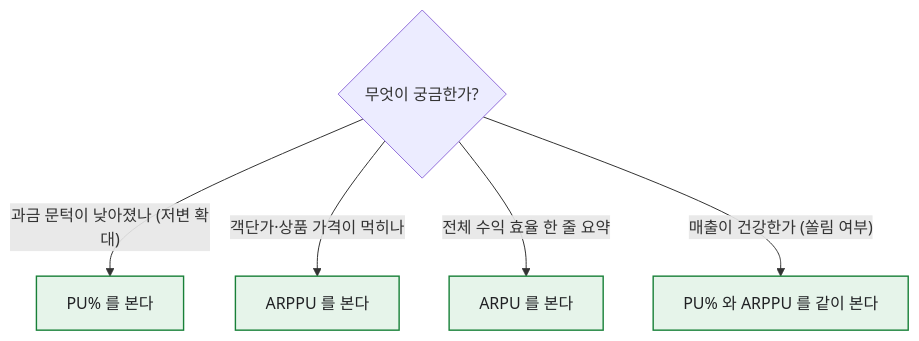
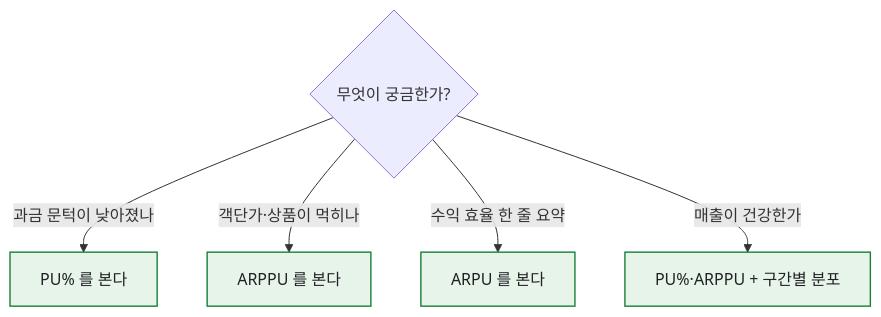
Before and after one commit to DBhyeong/DBhyeong.github.io: the third of 3 diagrams in content/blog/arpu-vs-arppu.md, drawn with Mermaid. The commit also changed other lines of this file and 9 other files, not shown here.

````diff
--- a/content/blog/arpu-vs-arppu.md
+++ b/content/blog/arpu-vs-arppu.md
@@ -52,10 +68,10 @@
 ```mermaid
 flowchart TB
   classDef q fill:#e6f4ea,stroke:#188038,stroke-width:1.4px,color:#202124
   Q{"무엇이 궁금한가?"}
-  Q -->|"과금 문턱이 낮아졌나 (저변 확대)"| A1["PU% 를 본다"]
-  Q -->|"객단가·상품 가격이 먹히나"| A2["ARPPU 를 본다"]
-  Q -->|"전체 수익 효율 한 줄 요약"| A3["ARPU 를 본다"]
-  Q -->|"매출이 건강한가 (쏠림 여부)"| A4["PU% 와 ARPPU 를 같이 본다"]
+  Q -->|"과금 문턱이 낮아졌나"| A1["PU% 를 본다"]
+  Q -->|"객단가·상품이 먹히나"| A2["ARPPU 를 본다"]
+  Q -->|"수익 효율 한 줄 요약"| A3["ARPU 를 본다"]
+  Q -->|"매출이 건강한가"| A4["PU%·ARPPU + 구간별 분포"]
   class A1,A2,A3,A4 q
 ```
````
